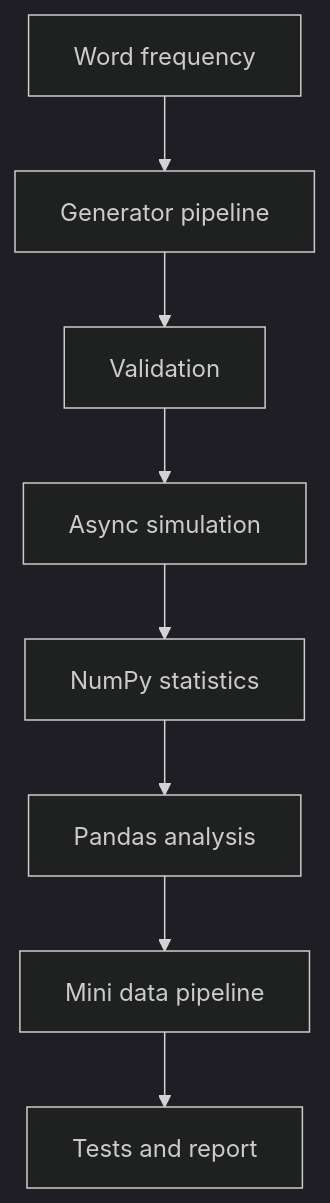
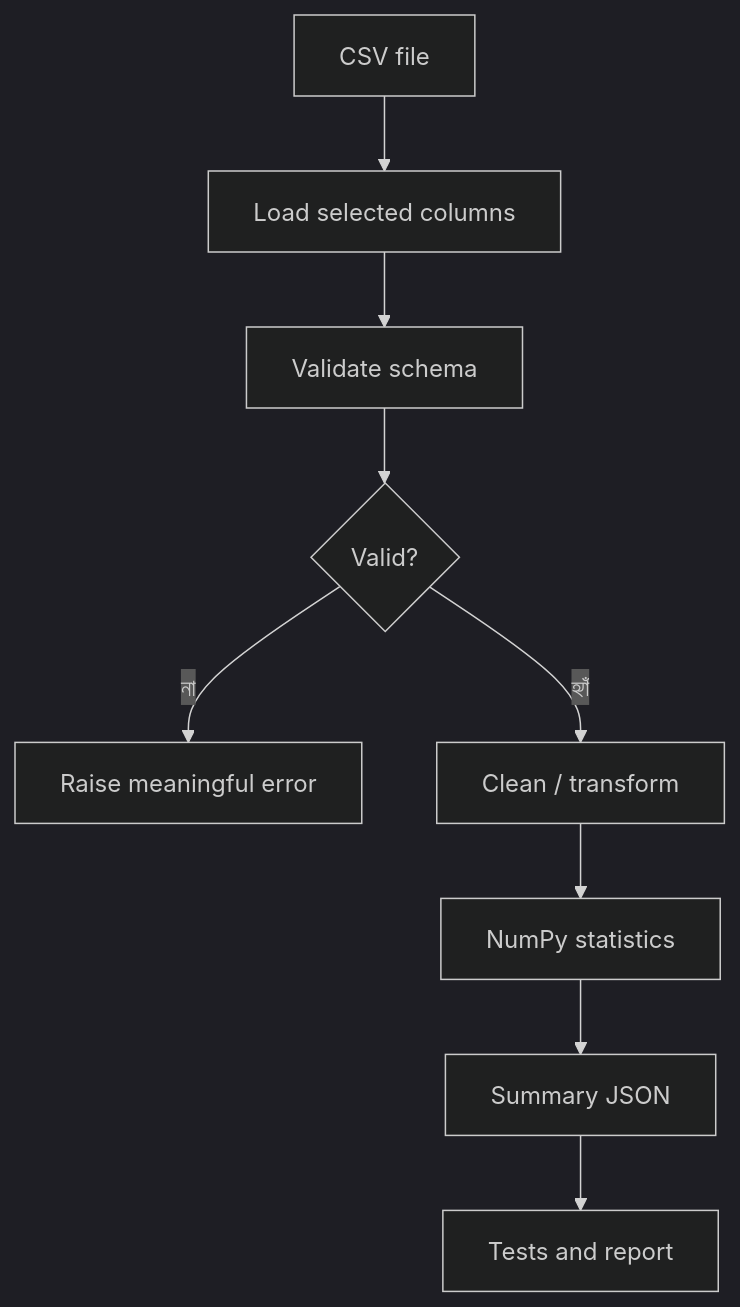
The third of 3 diagrams in day1/10-practical-exercises/README.md (shomi-khan/preparation), drawn with Mermaid (dark theme) before and after one commit. The commit also changed other lines of this file, not shown here.

````diff
--- a/day1/10-practical-exercises/README.md
+++ b/day1/10-practical-exercises/README.md
@@ -122,10 +185,11 @@
-```mermaid
+~~~mermaid
 flowchart TD
- A["Word frequency"] --> B["Generator pipeline"]
- B --> C["Validation"]
- C --> D["Async simulation"]
- D --> E["NumPy statistics"]
- E --> F["Pandas analysis"]
- F --> G["Mini data pipeline"]
- G --> H["Tests and report"]
-```
+    A["CSV file"] --> B["Load selected columns"]
+    B --> C["Validate schema"]
+    C --> D{"Valid?"}
+    D -->|না| E["Raise meaningful error"]
+    D -->|হ্যাঁ| F["Clean / transform"]
+    F --> G["NumPy statistics"]
+    G --> H["Summary JSON"]
+    H --> I["Tests and report"]
+~~~
````
